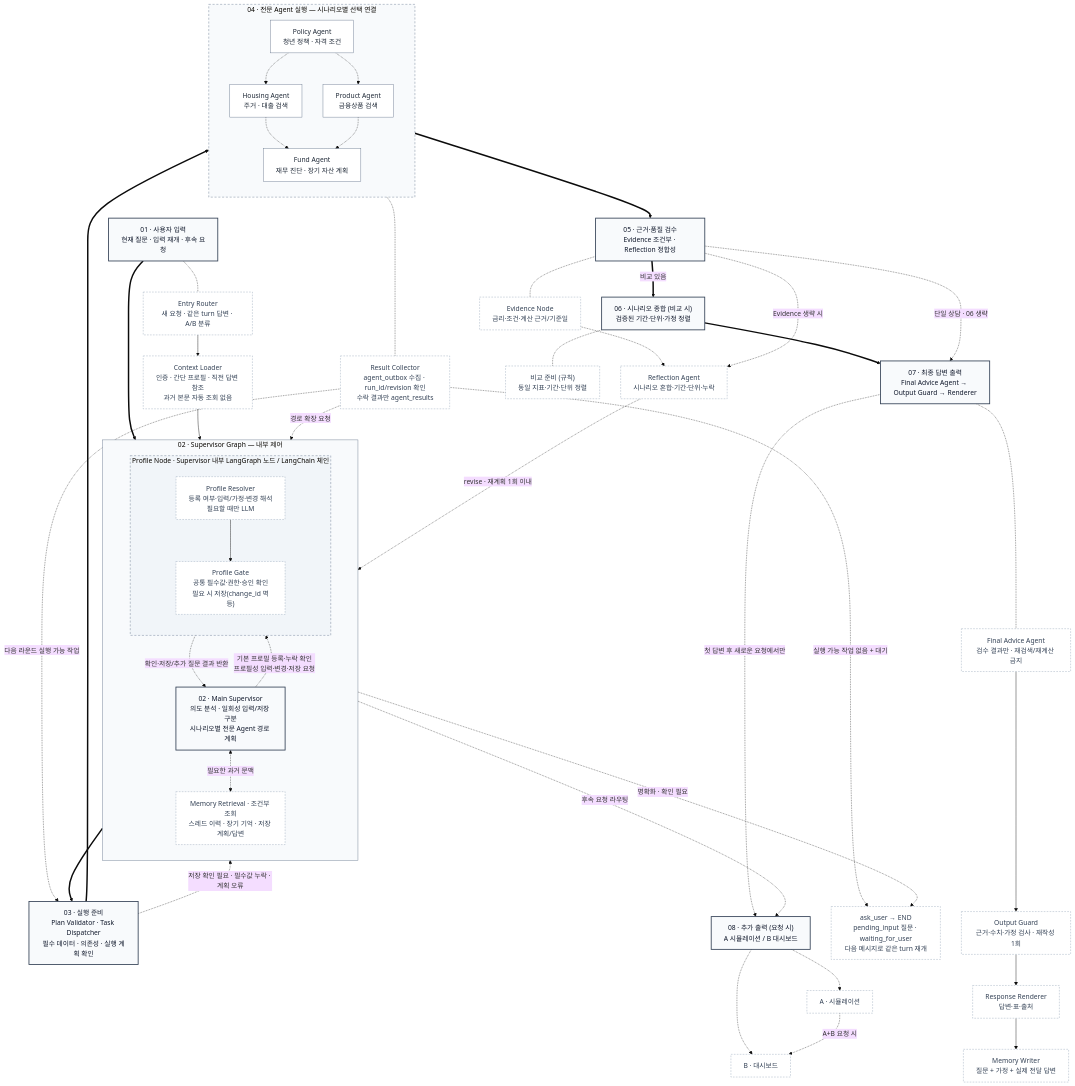
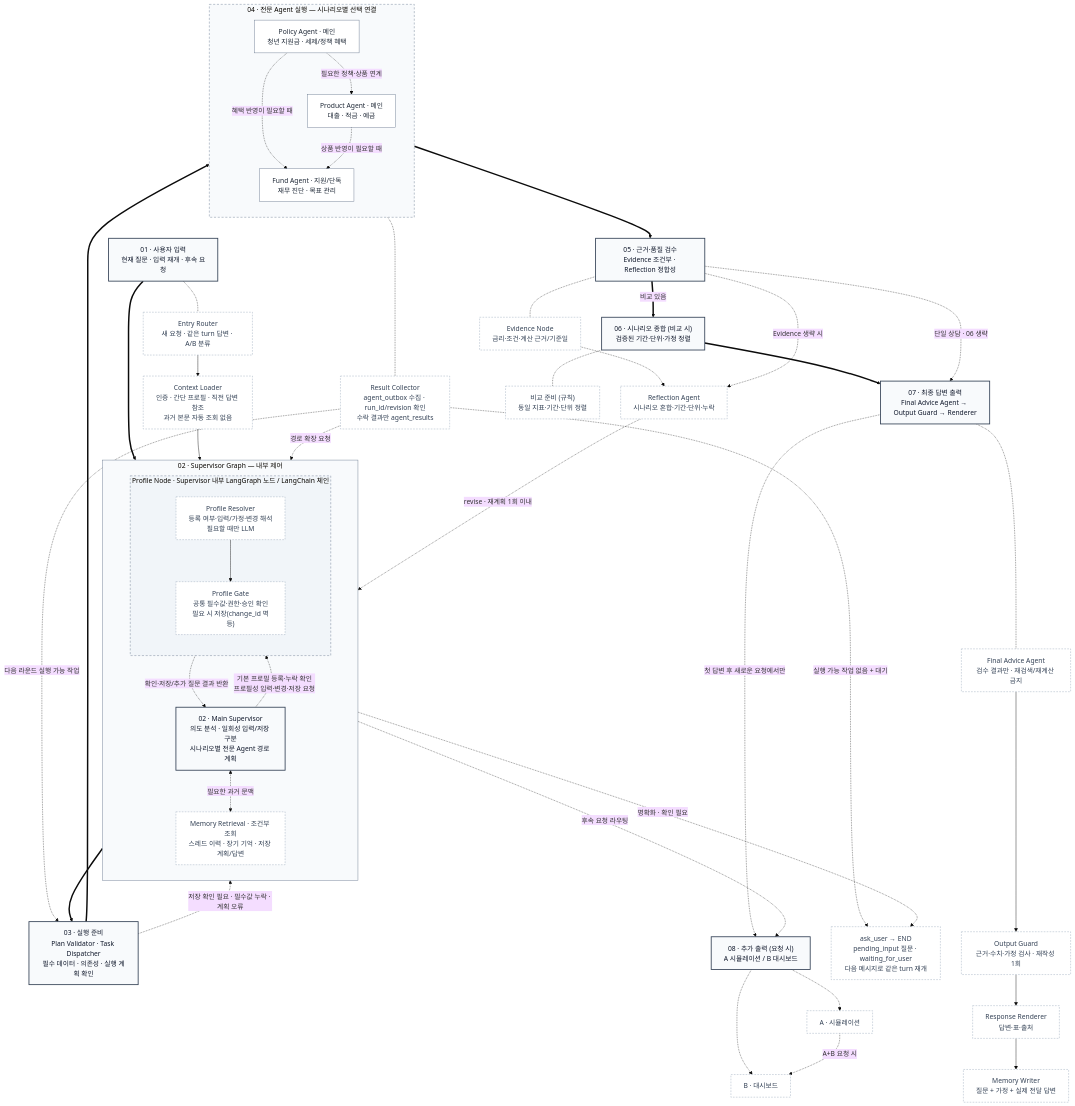
Before and after one commit to encore-ai-campus/mle-01-final-team1: the first of 2 diagrams in docs/멀티에이전트_설계안.md, drawn with Mermaid (base theme). The commit also changed other lines of this file and 3 other files, not shown here.

```diff
--- a/docs/멀티에이전트_설계안.md
+++ b/docs/멀티에이전트_설계안.md
@@ -37,14 +52,12 @@
 
     subgraph EXEC["04 · 전문 Agent 실행 — 시나리오별 선택 연결"]
         direction TB
-        POLICY["Policy Agent<br/>청년 정책 · 자격 조건"]
-        HOUSING["Housing Agent<br/>주거 · 대출 검색"]
-        PRODUCT["Product Agent<br/>금융상품 검색"]
-        FUND["Fund Agent<br/>재무 진단 · 장기 자산 계획"]
-        POLICY -.-> HOUSING
-        POLICY -.-> PRODUCT
-        HOUSING -.-> FUND
-        PRODUCT -.-> FUND
+        POLICY["Policy Agent · 메인<br/>청년 지원금 · 세제/정책 혜택"]
+        PRODUCT["Product Agent · 메인<br/>대출 · 적금 · 예금"]
+        FUND["Fund Agent · 지원/단독<br/>재무 진단 · 목표 관리"]
+        POLICY -.->|필요한 정책·상품 연계| PRODUCT
+        POLICY -.->|혜택 반영이 필요할 때| FUND
+        PRODUCT -.->|상품 반영이 필요할 때| FUND
     end
 
     N05["05 · 근거·품질 검수<br/>Evidence 조건부 · Reflection 정합성"]
@@ -102,7 +115,7 @@
     classDef detail fill:#ffffff,stroke:#94a3b8,stroke-dasharray:4 3,color:#334155
     classDef agent fill:#ffffff,stroke:#64748b,color:#1f2937
     class N01,N02,N03,N05,N06,N07,N08 main
-    class POLICY,HOUSING,PRODUCT,FUND agent
+    class POLICY,PRODUCT,FUND agent
     class ENTRY,LOADER,RESOLVER,PGATE,MEM,COLLECTOR,ASK,EVIDENCE,REFLECTION,COMPARE,FINAL,GUARD,RENDER,WRITER,SIM,DASH detail
     style SG fill:#f8fafc,stroke:#64748b
     style PWF fill:#f1f5f9,stroke:#64748b,stroke-dasharray:5 4
```
